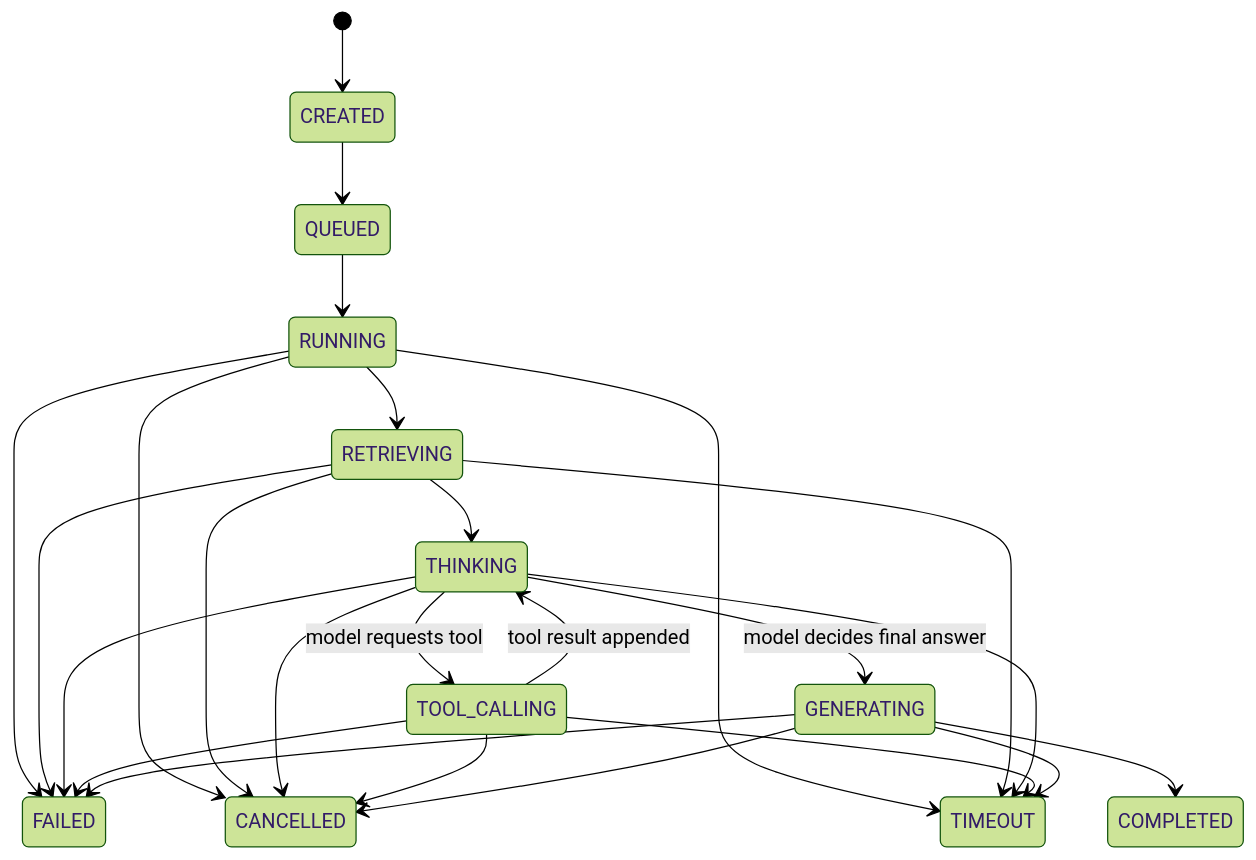
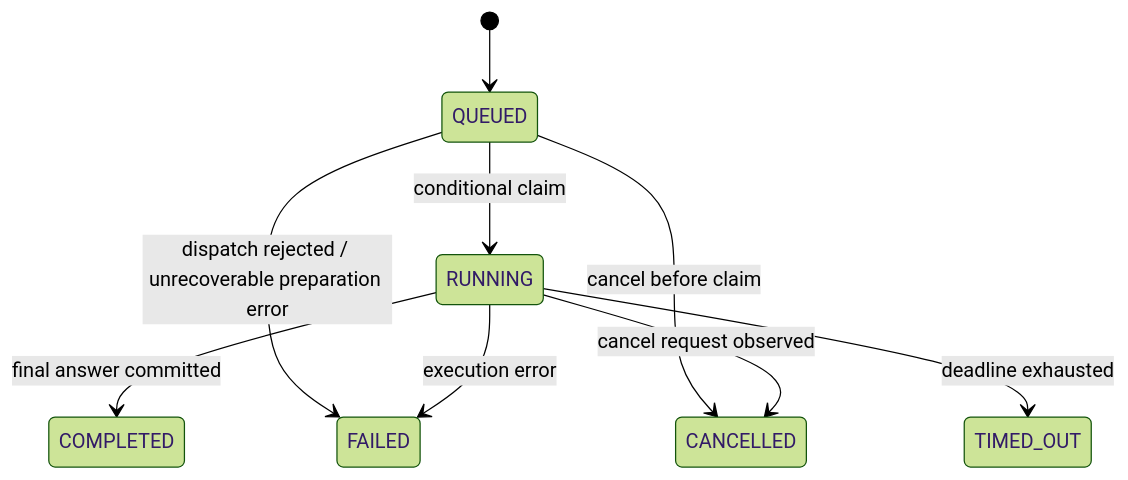
The first of 2 diagrams in spec-docs/agentflow-hub-agent-engine-design.md (Xavi-L/AgentFlow-Hub), drawn with Mermaid (forest theme) before and after one commit. The commit also changed other lines of this file and 10 other files, not shown here.

Commit message:
docs: align V0.1 architecture contracts

````diff
--- a/spec-docs/agentflow-hub-agent-engine-design.md
+++ b/spec-docs/agentflow-hub-agent-engine-design.md
@@ -149,30 +107,12 @@
 ```mermaid
 stateDiagram-v2
-    [*] --> CREATED
-    CREATED --> QUEUED
-    QUEUED --> RUNNING
-    RUNNING --> RETRIEVING
-    RETRIEVING --> THINKING
-    THINKING --> TOOL_CALLING: model requests tool
-    TOOL_CALLING --> THINKING: tool result appended
-    THINKING --> GENERATING: model decides final answer
-    GENERATING --> COMPLETED
+    [*] --> QUEUED
+    QUEUED --> RUNNING: conditional claim
+    QUEUED --> CANCELLED: cancel before claim
+    QUEUED --> FAILED: dispatch rejected / unrecoverable preparation error
 
-    RUNNING --> FAILED
-    RETRIEVING --> FAILED
-    THINKING --> FAILED
-    TOOL_CALLING --> FAILED
-    GENERATING --> FAILED
-
-    RUNNING --> CANCELLED
-    RETRIEVING --> CANCELLED
-    THINKING --> CANCELLED
-    TOOL_CALLING --> CANCELLED
-    GENERATING --> CANCELLED
-
-    RUNNING --> TIMEOUT
-    RETRIEVING --> TIMEOUT
-    THINKING --> TIMEOUT
-    TOOL_CALLING --> TIMEOUT
-    GENERATING --> TIMEOUT
+    RUNNING --> COMPLETED: final answer committed
+    RUNNING --> FAILED: execution error
+    RUNNING --> CANCELLED: cancel request observed
+    RUNNING --> TIMED_OUT: deadline exhausted
 ```
````
